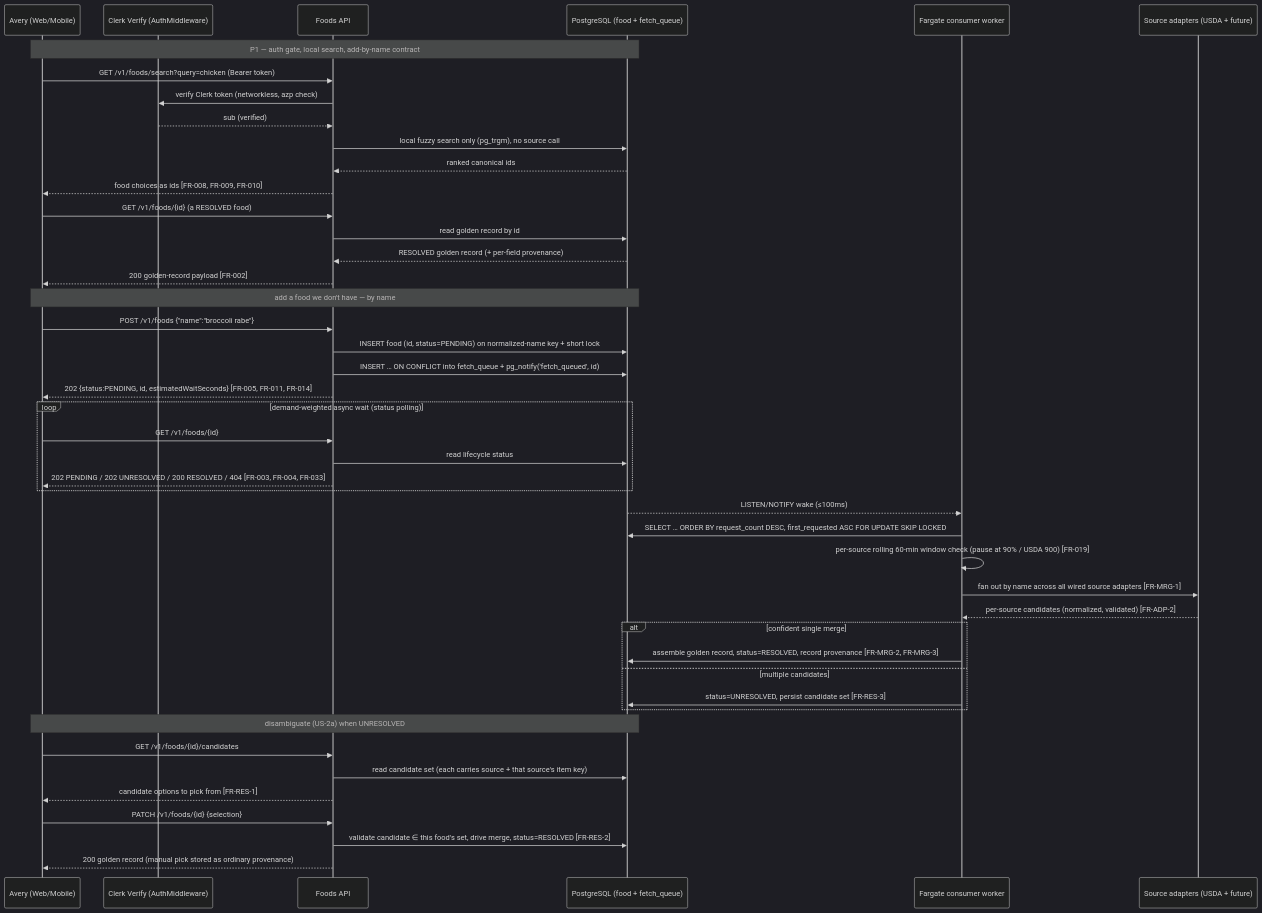
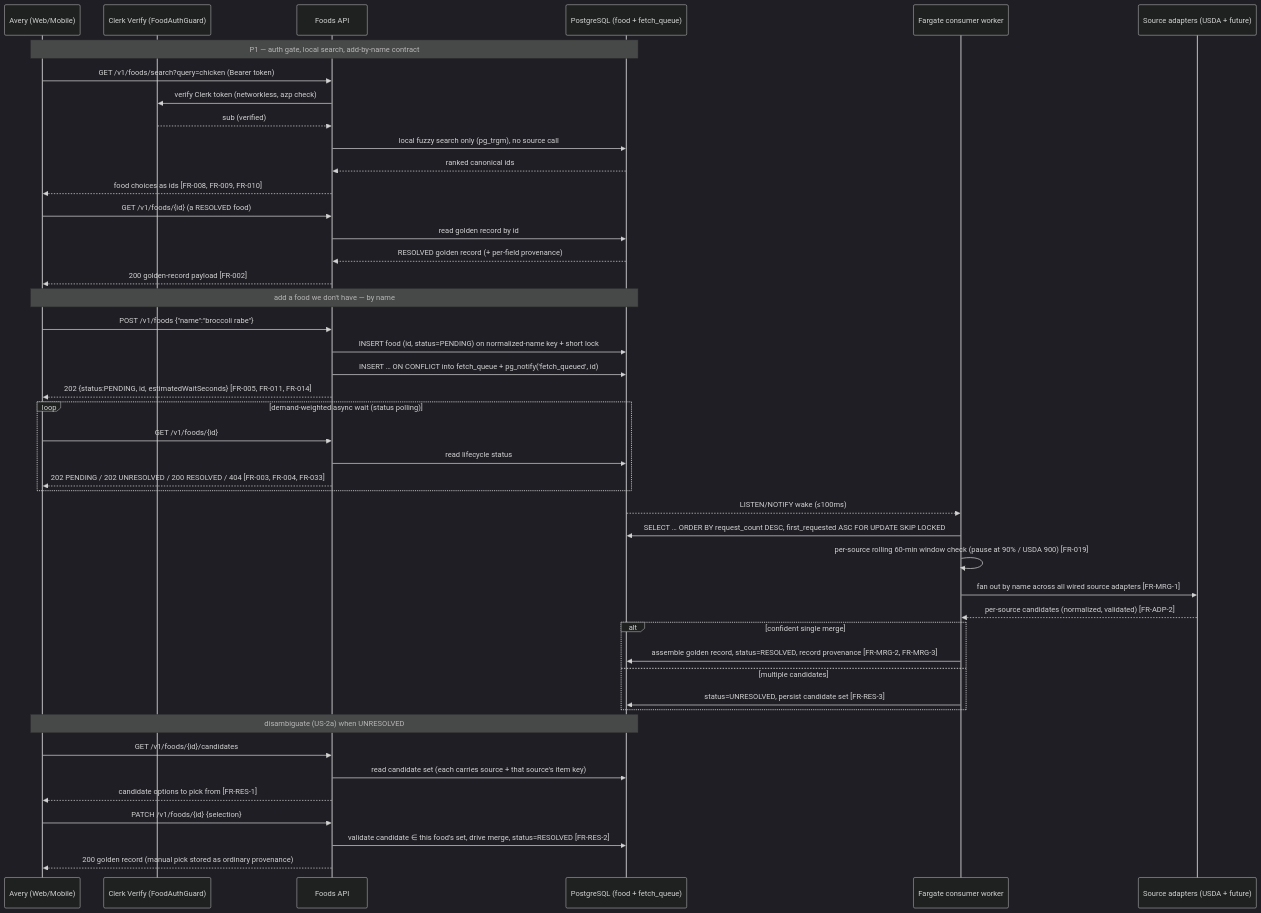
The first of 3 diagrams in specs/003-usda-food-data/product-spec/user-journey.md (radicle-co/KitchenSink), drawn with Mermaid (dark theme) before and after one commit. The commit also changed other lines of this file and 45 other files, not shown here.

````diff
--- a/specs/003-usda-food-data/product-spec/user-journey.md
+++ b/specs/003-usda-food-data/product-spec/user-journey.md
@@ -25,56 +25,56 @@
 ```mermaid
 sequenceDiagram
     participant U as Avery (Web/Mobile)
-    participant Auth as Clerk Verify (AuthMiddleware)
+    participant Auth as Clerk Verify (FoodAuthGuard)
     participant API as Foods API
     participant DB as PostgreSQL (food + fetch_queue)
     participant W as Fargate consumer worker
     participant ADP as Source adapters (USDA + future)
 
     Note over U,DB: P1 — auth gate, local search, add-by-name contract
 
     U->>API: GET /v1/foods/search?query=chicken (Bearer token)
     API->>Auth: verify Clerk token (networkless, azp check)
     Auth-->>API: sub (verified)
     API->>DB: local fuzzy search only (pg_trgm), no source call
     DB-->>API: ranked canonical ids
     API-->>U: food choices as ids [FR-008, FR-009, FR-010]
 
     U->>API: GET /v1/foods/{id} (a RESOLVED food)
     API->>DB: read golden record by id
     DB-->>API: RESOLVED golden record (+ per-field provenance)
     API-->>U: 200 golden-record payload [FR-002]
 
     Note over U,DB: add a food we don't have — by name
 
     U->>API: POST /v1/foods {"name":"broccoli rabe"}
     API->>DB: INSERT food (id, status=PENDING) on normalized-name key + short lock
     API->>DB: INSERT … ON CONFLICT into fetch_queue + pg_notify('fetch_queued', id)
     API-->>U: 202 {status:PENDING, id, estimatedWaitSeconds} [FR-005, FR-011, FR-014]
 
     loop demand-weighted async wait (status polling)
       U->>API: GET /v1/foods/{id}
       API->>DB: read lifecycle status
       API-->>U: 202 PENDING / 202 UNRESOLVED / 200 RESOLVED / 404 [FR-003, FR-004, FR-033]
     end
 
     DB-->>W: LISTEN/NOTIFY wake (≤100ms)
     W->>DB: SELECT … ORDER BY request_count DESC, first_requested ASC FOR UPDATE SKIP LOCKED
     W->>W: per-source rolling 60-min window check (pause at 90% / USDA 900) [FR-019]
     W->>ADP: fan out by name across all wired source adapters [FR-MRG-1]
     ADP-->>W: per-source candidates (normalized, validated) [FR-ADP-2]
     alt confident single merge
       W->>DB: assemble golden record, status=RESOLVED, record provenance [FR-MRG-2, FR-MRG-3]
     else multiple candidates
       W->>DB: status=UNRESOLVED, persist candidate set [FR-RES-3]
     end
 
     Note over U,DB: disambiguate (US-2a) when UNRESOLVED
 
     U->>API: GET /v1/foods/{id}/candidates
     API->>DB: read candidate set (each carries source + that source's item key)
     API-->>U: candidate options to pick from [FR-RES-1]
     U->>API: PATCH /v1/foods/{id} {selection}
     API->>DB: validate candidate ∈ this food's set, drive merge, status=RESOLVED [FR-RES-2]
     API-->>U: 200 golden record (manual pick stored as ordinary provenance)
 ```
````
